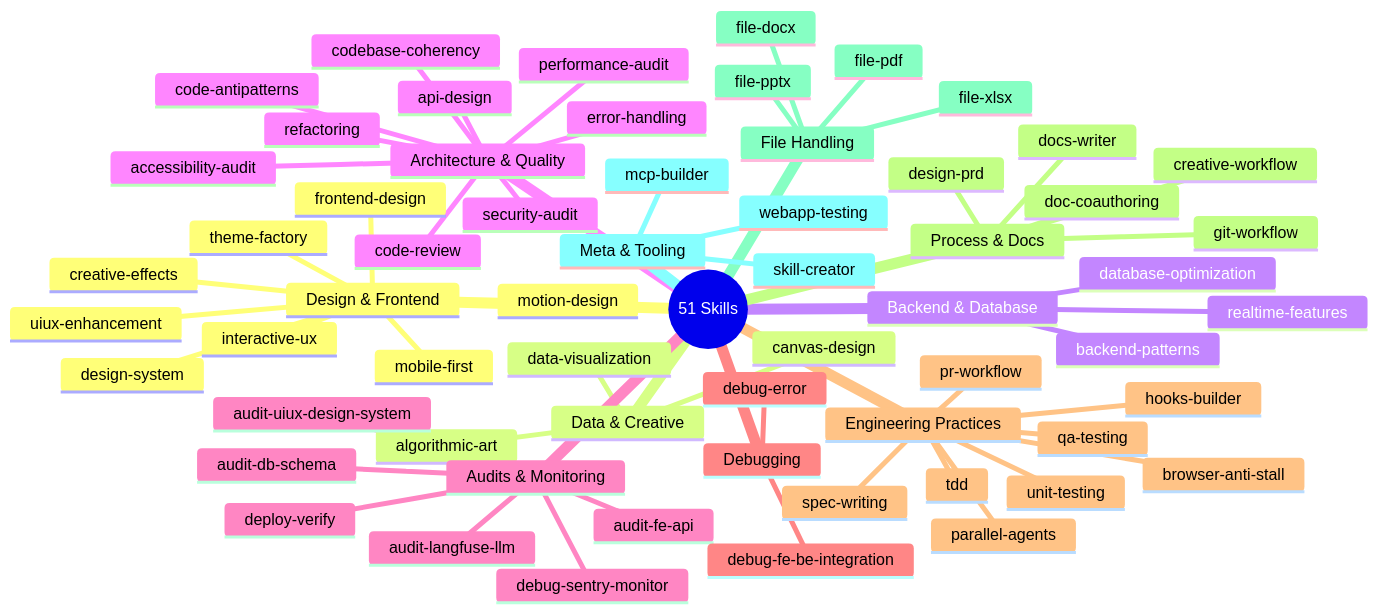
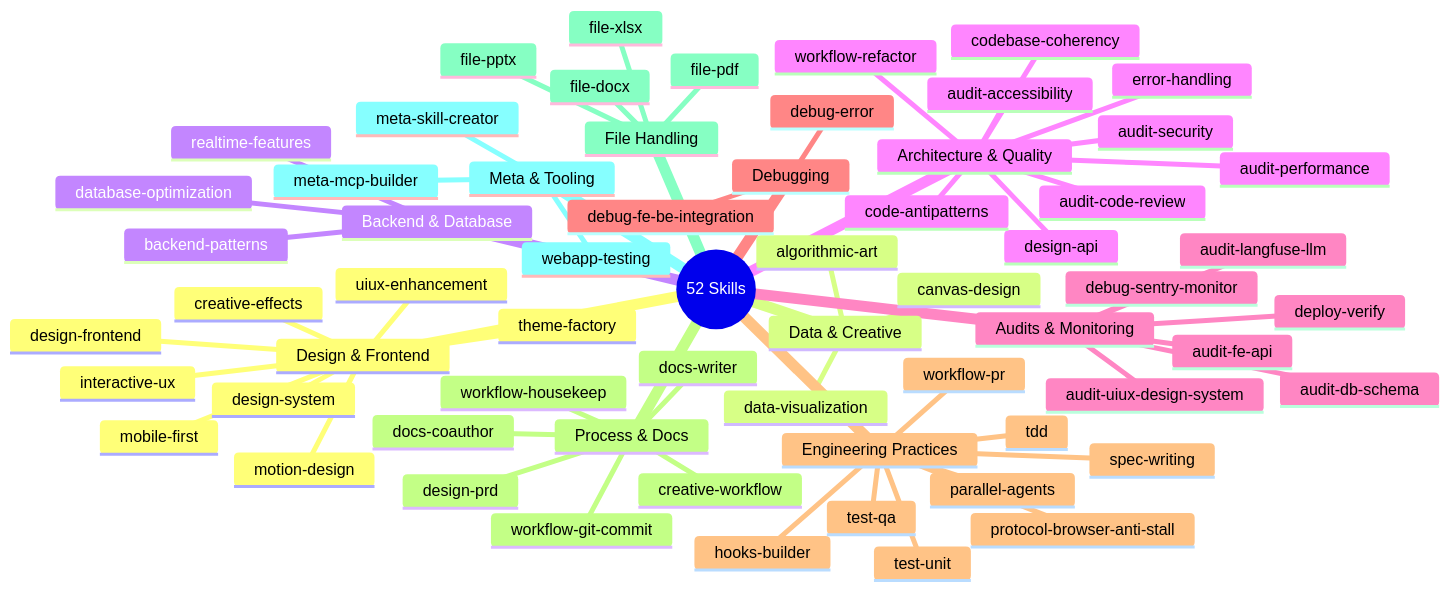
The fourth of 9 diagrams in README.md (kensaurus/cursor-kenji), drawn with Mermaid before and after one commit. The commit also changed other lines of this file and 29 other files, not shown here.

````diff
--- a/README.md
+++ b/README.md
@@ -311,65 +313,66 @@
 ```mermaid
 mindmap
-  root((51 Skills))
+  root((52 Skills))
     Design & Frontend
-      frontend-design
+      design-frontend
       design-system
       motion-design
       creative-effects
       uiux-enhancement
       interactive-ux
       mobile-first
       theme-factory
     Data & Creative
       data-visualization
       algorithmic-art
       canvas-design
     Backend & Database
       backend-patterns
       database-optimization
       realtime-features
     Architecture & Quality
-      api-design
+      design-api
       error-handling
       code-antipatterns
-      code-review
+      audit-code-review
       codebase-coherency
-      refactoring
-      performance-audit
-      security-audit
-      accessibility-audit
+      workflow-refactor
+      audit-performance
+      audit-security
+      audit-accessibility
     Audits & Monitoring
       audit-db-schema
       audit-fe-api
       audit-langfuse-llm
       audit-uiux-design-system
       debug-sentry-monitor
       deploy-verify
     Debugging
       debug-error
       debug-fe-be-integration
     Engineering Practices
       tdd
       spec-writing
       parallel-agents
       hooks-builder
-      unit-testing
-      qa-testing
-      pr-workflow
-      browser-anti-stall
+      test-unit
+      test-qa
+      workflow-pr
+      protocol-browser-anti-stall
     Process & Docs
-      git-workflow
-      doc-coauthoring
+      workflow-git-commit
+      docs-coauthor
       docs-writer
       design-prd
       creative-workflow
+      workflow-housekeep
     File Handling
       file-docx
       file-pdf
       file-pptx
       file-xlsx
     Meta & Tooling
-      skill-creator
-      mcp-builder
+      meta-skill-creator
+      meta-mcp-builder
       webapp-testing
 ```
````
